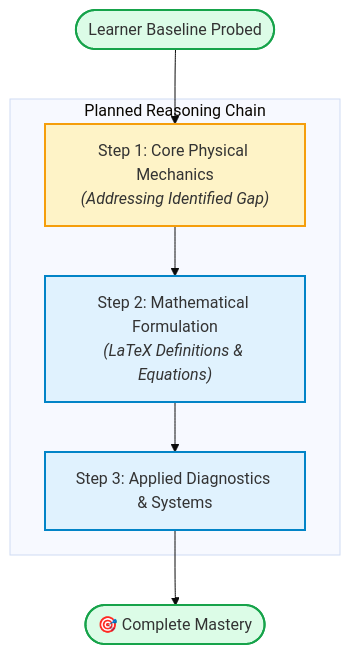
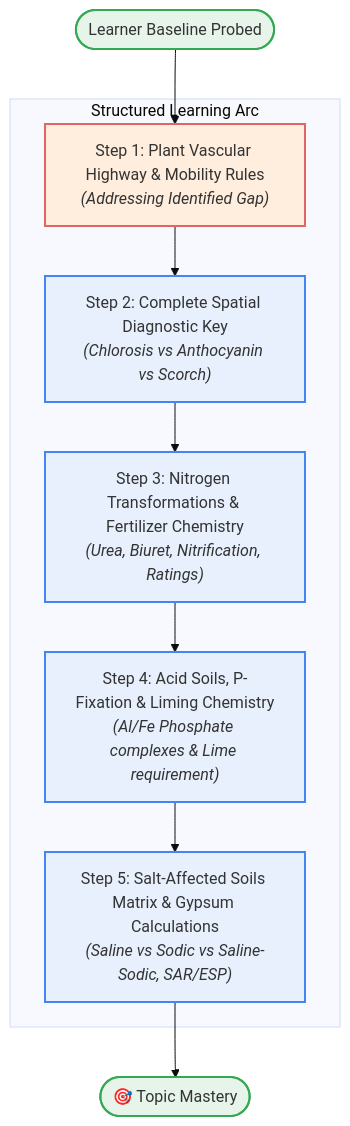
One commit to Josephxcx/pi-learn changed the second of 2 diagrams in README.md. Above: the diagram before and after it, drawn with Mermaid (base theme). The commit also changed other lines of this file and 6 other files, not shown here.

Commit message:
docs: replace placeholder visuals with real Obsidian lesson notes, Mermaid DAG, and SVG diagrams

````diff
--- a/README.md
+++ b/README.md
@@ -140,18 +140,22 @@
 ```mermaid
 flowchart TD
-    classDef gap fill:#fef3c7,stroke:#f59e0b,stroke-width:2px;
-    classDef mastered fill:#dcfce7,stroke:#16a34a,stroke-width:2px;
-    classDef step fill:#e0f2fe,stroke:#0284c7,stroke-width:2px;
+    classDef gap fill:#ffeedd,stroke:#e06666,stroke-width:2px;
+    classDef mastered fill:#e6f4ea,stroke:#34a853,stroke-width:2px;
+    classDef step fill:#e8f0fe,stroke:#4285f4,stroke-width:2px;
 
     Start([Learner Baseline Probed]):::mastered --> Node1
     
-    subgraph Progression [Planned Reasoning Chain]
-        Node1["Step 1: Core Physical Mechanics<br><i>(Addressing Identified Gap)</i>"]:::gap
-        Node2["Step 2: Mathematical Formulation<br><i>(LaTeX Definitions & Equations)</i>"]:::step
-        Node3["Step 3: Applied Diagnostics & Systems"]:::step
+    subgraph Core_Progression [Structured Learning Arc]
+        Node1["Step 1: Plant Vascular Highway & Mobility Rules<br><i>(Addressing Identified Gap)</i>"]:::gap
+        Node2["Step 2: Complete Spatial Diagnostic Key<br><i>(Chlorosis vs Anthocyanin vs Scorch)</i>"]:::step
+        Node3["Step 3: Nitrogen Transformations & Fertilizer Chemistry<br><i>(Urea, Biuret, Nitrification, Ratings)</i>"]:::step
+        Node4["Step 4: Acid Soils, P-Fixation & Liming Chemistry<br><i>(Al/Fe Phosphate complexes & Lime requirement)</i>"]:::step
+        Node5["Step 5: Salt-Affected Soils Matrix & Gypsum Calculations<br><i>(Saline vs Sodic vs Saline-Sodic, SAR/ESP)</i>"]:::step
     end
 
     Node1 --> Node2
     Node2 --> Node3
-    Node3 --> Goal([🎯 Complete Mastery]):::mastered
+    Node3 --> Node4
+    Node4 --> Node5
+    Node5 --> Goal([🎯 Topic Mastery]):::mastered
 ```
````
